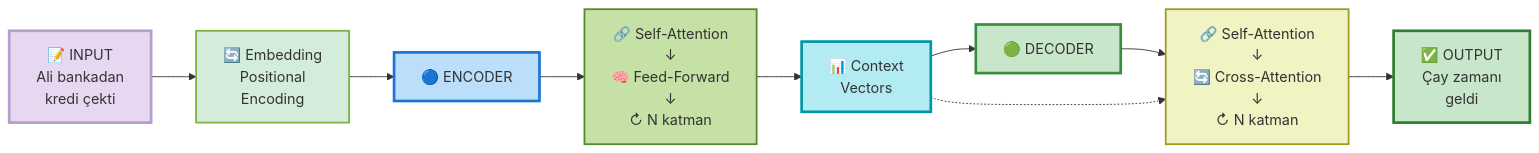
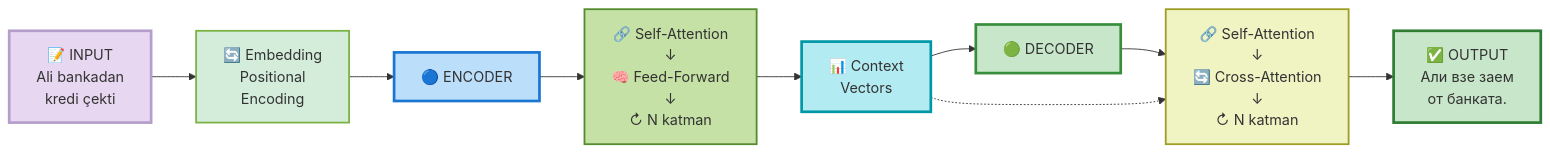
The first of 4 diagrams in 02.trarchandbasicllm/README.md (cemal-yuksel/finetuningllmwithhuggingface), drawn with Mermaid before and after one commit.

Commit message:
Update output text in flowchart example
Replaces the output text in the flowchart from Turkish to Bulgarian, changing 'Çay zamanı geldi' to 'Али взе заем от банката.' for improved clarity or localization.

````diff
--- a/02.trarchandbasicllm/README.md
+++ b/02.trarchandbasicllm/README.md
@@ -41,23 +41,23 @@
 ```mermaid
 flowchart LR
     INPUT["📝 INPUT<br/>Ali bankadan<br/>kredi çekti"] --> EMB["🔄 Embedding<br/>Positional<br/>Encoding"]
     
     EMB --> ENC["🔵 ENCODER"]
     ENC --> ENCA["🔗 Self-Attention<br/>↓<br/>🧠 Feed-Forward<br/>↓<br/>↻ N katman"]
     ENCA --> CTX["📊 Context<br/>Vectors"]
     
     CTX --> DEC["🟢 DECODER"]
     DEC --> DECA["🔗 Self-Attention<br/>↓<br/>🔄 Cross-Attention<br/>↓<br/>↻ N katman"]
-    DECA --> OUT["✅ OUTPUT<br/>Çay zamanı<br/>geldi"]
+    DECA --> OUT["✅ OUTPUT<br/>Али взе заем<br/>от банката."]
     
     CTX -.-> DECA
     
     style INPUT fill:#E8D7F1,stroke:#B59FCA,stroke-width:3px,color:#333
     style EMB fill:#D4EDDA,stroke:#7CB342,stroke-width:2px,color:#333
     style ENC fill:#BBDEFB,stroke:#1976D2,stroke-width:3px,color:#333
     style ENCA fill:#C5E1A5,stroke:#558B2F,stroke-width:2px,color:#333
     style CTX fill:#B2EBF2,stroke:#0097A7,stroke-width:3px,color:#333
     style DEC fill:#C8E6C9,stroke:#388E3C,stroke-width:3px,color:#333
     style DECA fill:#F0F4C3,stroke:#9E9D24,stroke-width:2px,color:#333
     style OUT fill:#C8E6C9,stroke:#2E7D32,stroke-width:3px,color:#333
 ```
````
